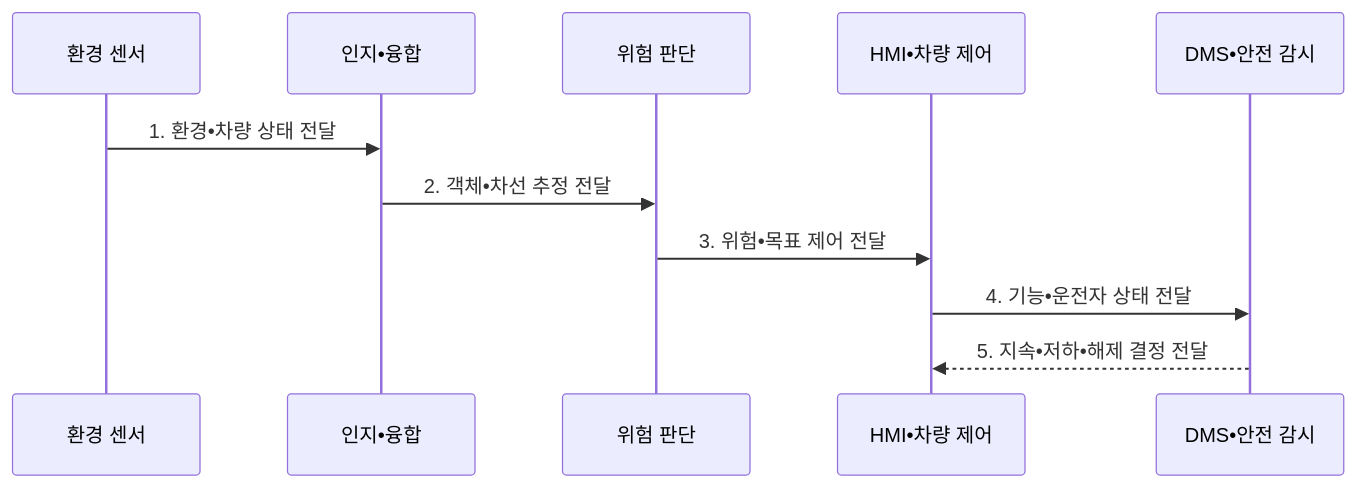
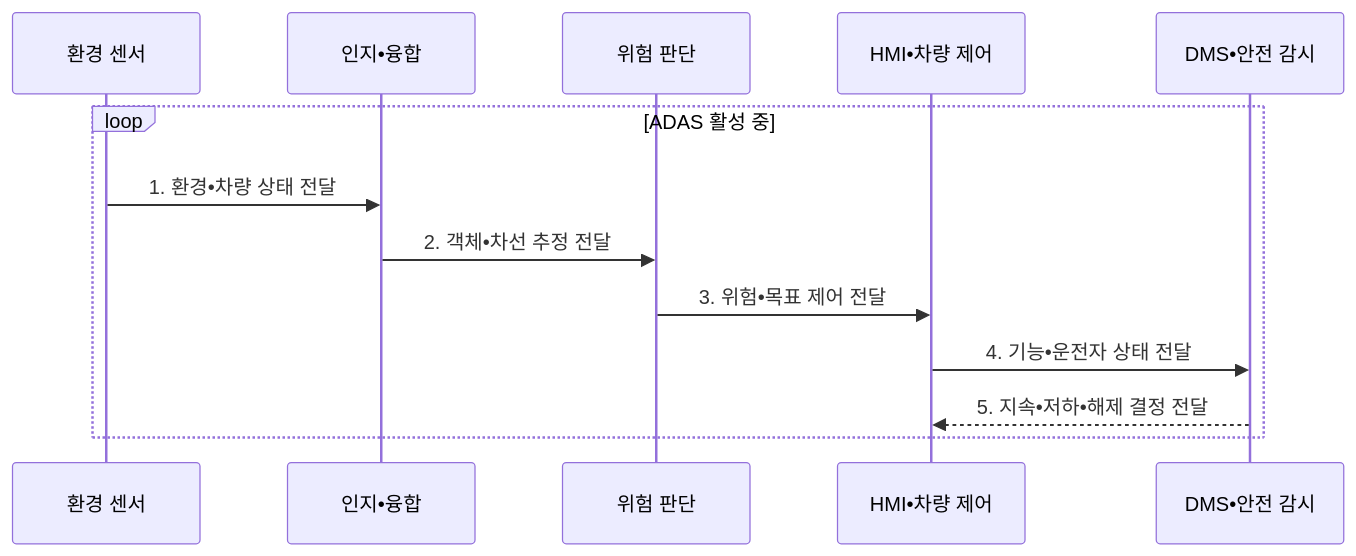
Before and after one commit to agnusdei1207/knowledge-base: the second of 2 diagrams in src/content/docs/notes/08-latest-tech/208_adas_advanced_driver_assistance_system.md, drawn with Mermaid. The commit also changed other lines of this file and 15 other files, not shown here.

````diff
--- a/src/content/docs/notes/08-latest-tech/208_adas_advanced_driver_assistance_system.md
+++ b/src/content/docs/notes/08-latest-tech/208_adas_advanced_driver_assistance_system.md
@@ -107,13 +107,15 @@
 ```mermaid
 sequenceDiagram
     participant S as 환경 센서
     participant P as 인지•융합
     participant R as 위험 판단
     participant C as HMI•차량 제어
     participant D as DMS•안전 감시
-    S->>P: 1. 환경•차량 상태 전달
-    P->>R: 2. 객체•차선 추정 전달
-    R->>C: 3. 위험•목표 제어 전달
-    C->>D: 4. 기능•운전자 상태 전달
-    D-->>C: 5. 지속•저하•해제 결정 전달
+    loop ADAS 활성 중
+        S->>P: 1. 환경•차량 상태 전달
+        P->>R: 2. 객체•차선 추정 전달
+        R->>C: 3. 위험•목표 제어 전달
+        C->>D: 4. 기능•운전자 상태 전달
+        D-->>C: 5. 지속•저하•해제 결정 전달
+    end
 ```
````
